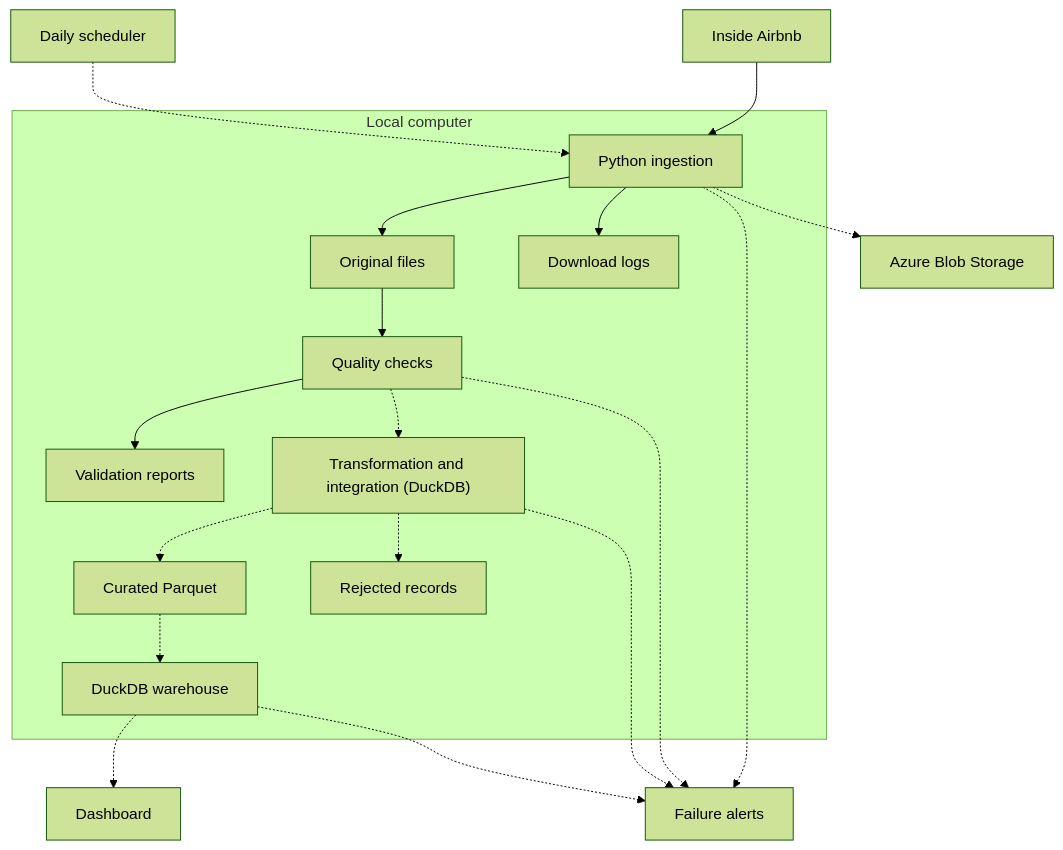
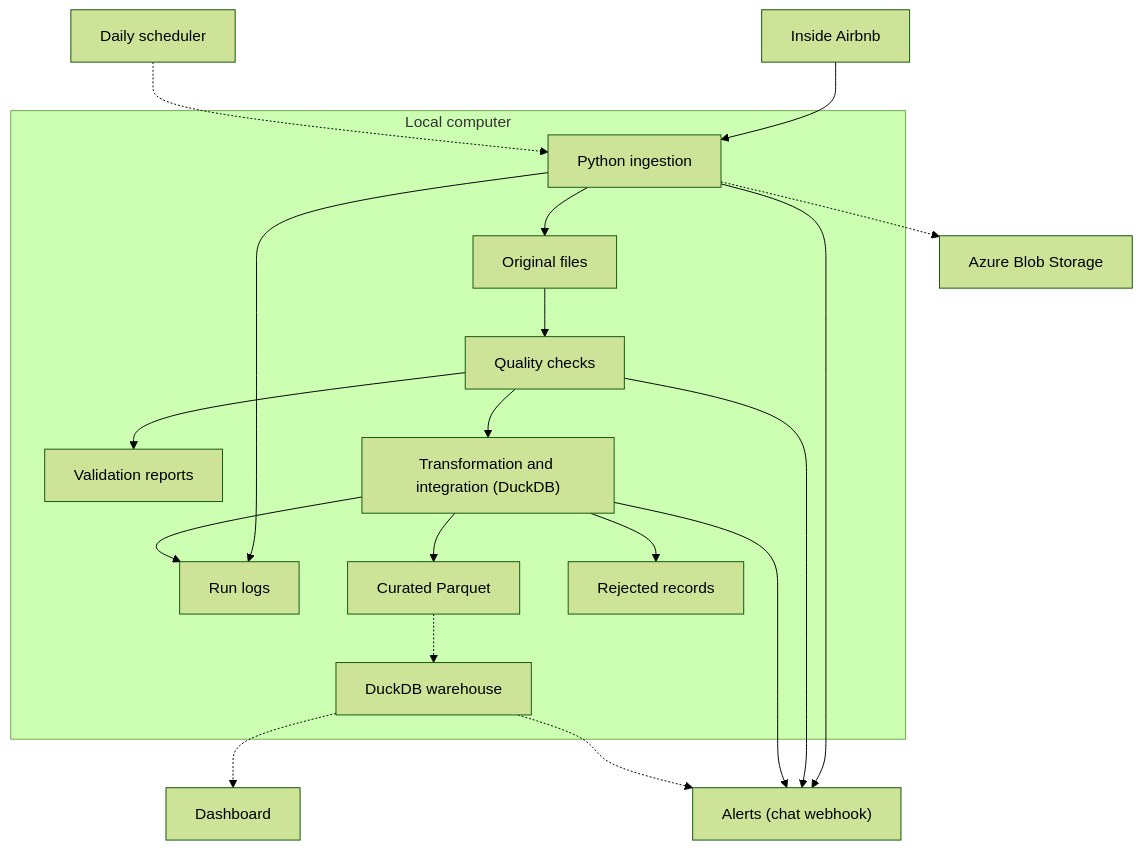
Before and after one commit to marihurtadolago/airbnb-project: the diagram in docs/architecture.md, drawn with Mermaid (forest theme). The commit also changed other lines of this file and 4 other files, not shown here.

````diff
--- a/docs/architecture.md
+++ b/docs/architecture.md
@@ -115,24 +115,25 @@
 ```mermaid
 flowchart TD
     SOURCE["Inside Airbnb"] --> INGEST["Python ingestion"]
 
     subgraph LOCAL["Local computer"]
         INGEST --> RAW["Original files"]
-        INGEST --> LOGS["Download logs"]
+        INGEST --> LOGS["Run logs"]
         RAW --> CHECKS["Quality checks"]
         CHECKS --> REPORTS["Validation reports"]
-        CHECKS -.-> TRANSFORM["Transformation and integration (DuckDB)"]
-        TRANSFORM -.-> PARQUET["Curated Parquet"]
-        TRANSFORM -.-> REJECTS["Rejected records"]
+        CHECKS --> TRANSFORM["Transformation and integration (DuckDB)"]
+        TRANSFORM --> PARQUET["Curated Parquet"]
+        TRANSFORM --> REJECTS["Rejected records"]
+        TRANSFORM --> LOGS
         PARQUET -.-> WAREHOUSE["DuckDB warehouse"]
     end
 
     INGEST -.-> AZURE["Azure Blob Storage"]
     SCHEDULER["Daily scheduler"] -.-> INGEST
     WAREHOUSE -.-> DASHBOARD["Dashboard"]
 
-    INGEST -.-> ALERTS["Failure alerts"]
-    CHECKS -.-> ALERTS
-    TRANSFORM -.-> ALERTS
+    INGEST --> ALERTS["Alerts (chat webhook)"]
+    CHECKS --> ALERTS
+    TRANSFORM --> ALERTS
     WAREHOUSE -.-> ALERTS
 ```
````
